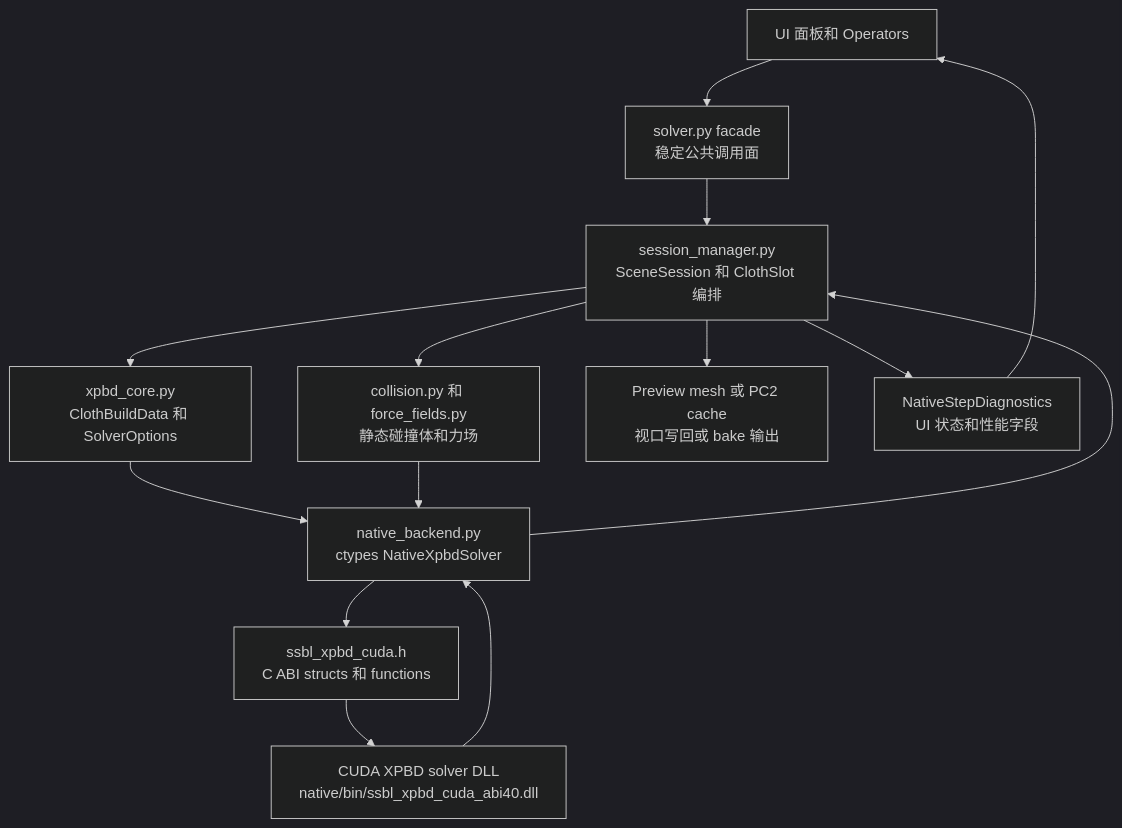
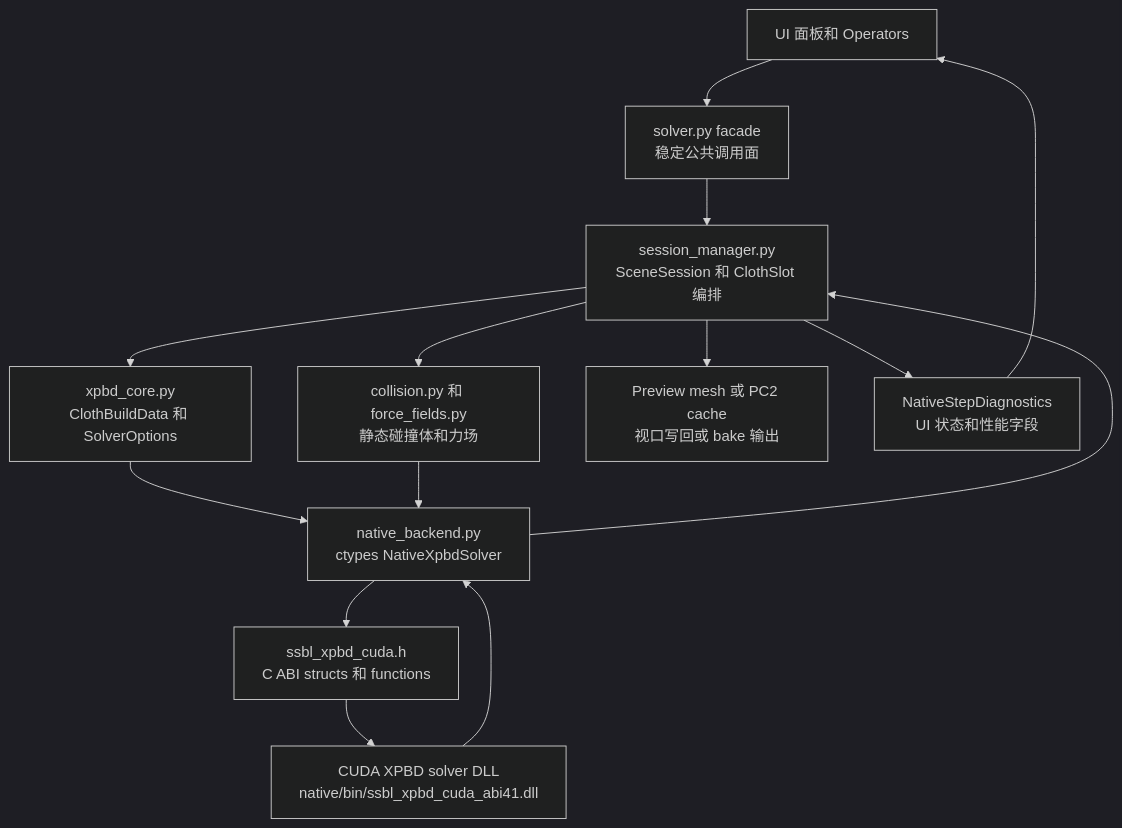
The second of 2 diagrams in solver_architecture.md (devin22ldh-afk/ssbl-cuda-xpbd), drawn with Mermaid (dark theme) before and after one commit. The commit also changed other lines of this file and 7 other files, not shown here.

Commit message:
Switch SSBL release and docs to ABI41

````diff
--- a/solver_architecture.md
+++ b/solver_architecture.md
@@ -262,27 +262,27 @@
 ```mermaid
 flowchart TD
     UI["UI 面板和 Operators"]
     Facade["solver.py facade<br/>稳定公共调用面"]
     Session["session_manager.py<br/>SceneSession 和 ClothSlot 编排"]
     Build["xpbd_core.py<br/>ClothBuildData 和 SolverOptions"]
     Inputs["collision.py 和 force_fields.py<br/>静态碰撞体和力场"]
     Bridge["native_backend.py<br/>ctypes NativeXpbdSolver"]
     ABI["ssbl_xpbd_cuda.h<br/>C ABI structs 和 functions"]
-    CUDA["CUDA XPBD solver DLL<br/>native/bin/ssbl_xpbd_cuda_abi40.dll"]
+    CUDA["CUDA XPBD solver DLL<br/>native/bin/ssbl_xpbd_cuda_abi41.dll"]
     Output["Preview mesh 或 PC2 cache<br/>视口写回或 bake 输出"]
     Diag["NativeStepDiagnostics<br/>UI 状态和性能字段"]
 
     UI --> Facade
     Facade --> Session
     Session --> Build
     Session --> Inputs
     Build --> Bridge
     Inputs --> Bridge
     Bridge --> ABI
     ABI --> CUDA
     CUDA --> Bridge
     Bridge --> Session
     Session --> Output
     Session --> Diag
     Diag --> UI
 ```
````
